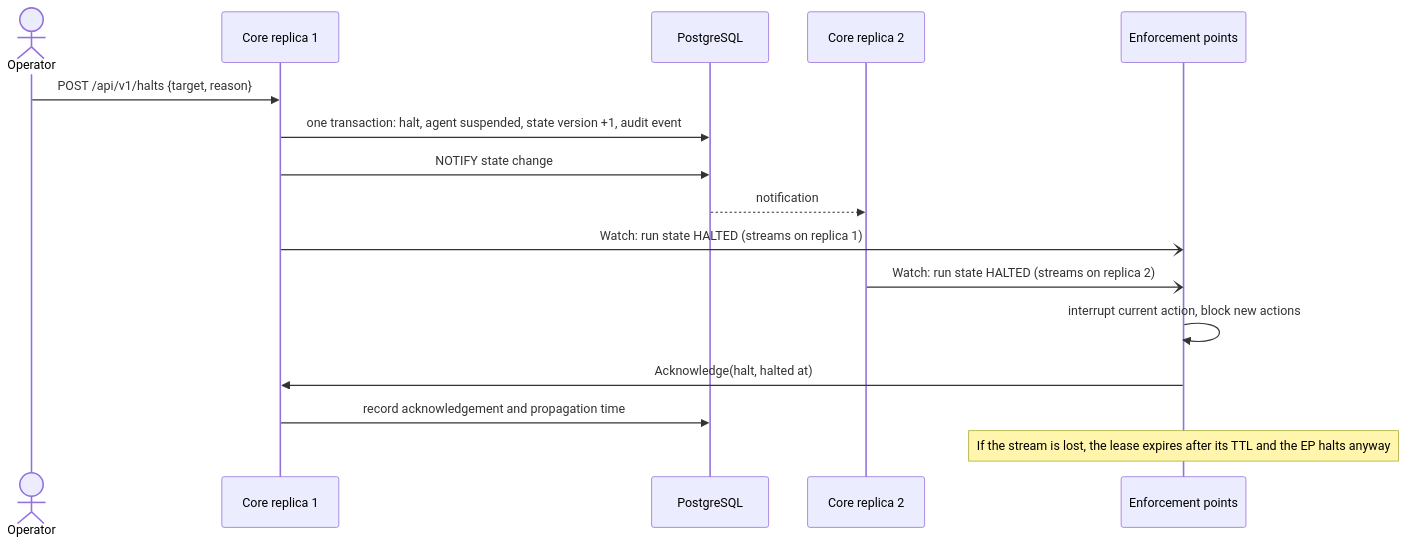
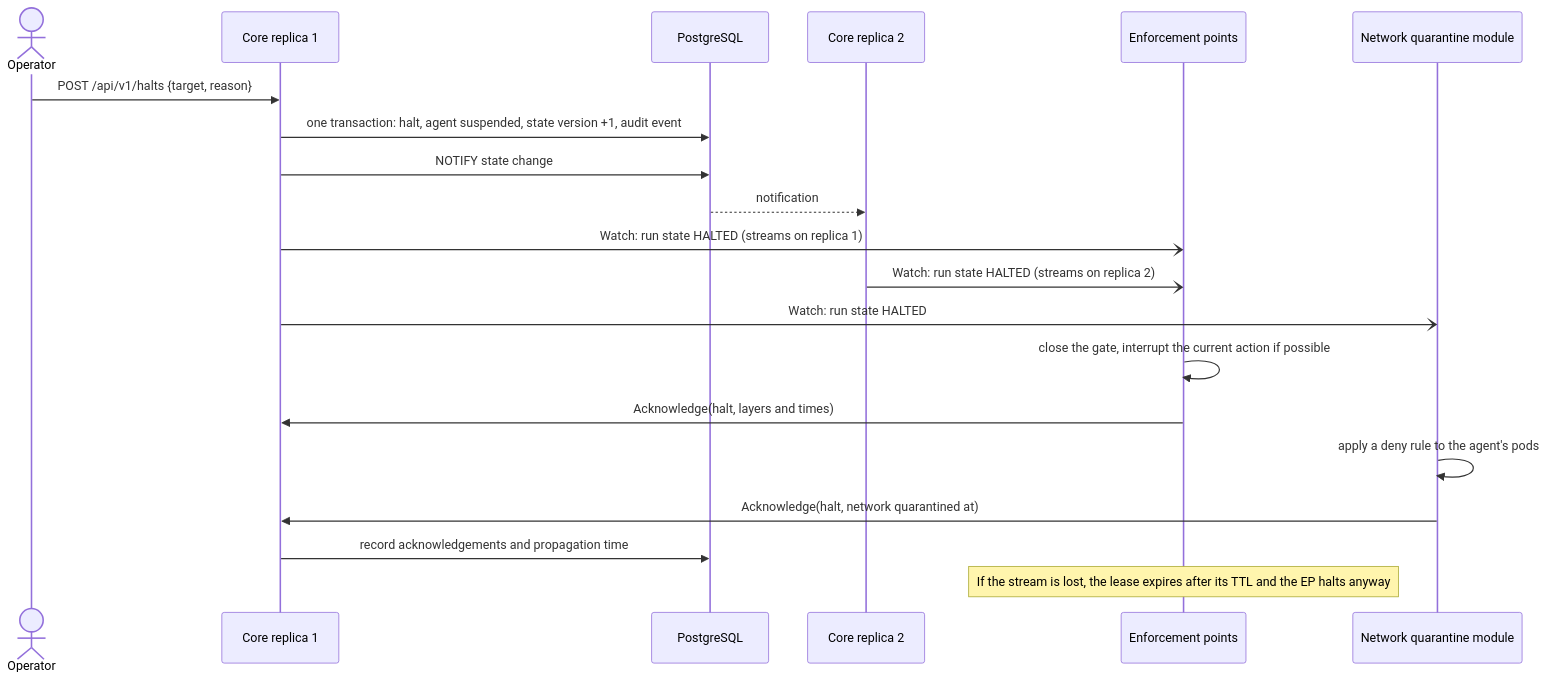
The fourth of 6 diagrams in docs/architecture/mvp-architecture.md (J466Y/WhiteTower), drawn with Mermaid before and after one commit. The commit also changed other lines of this file and 35 other files, not shown here.

````diff
--- a/docs/architecture/mvp-architecture.md
+++ b/docs/architecture/mvp-architecture.md
@@ -223,18 +229,22 @@
 ```mermaid
 sequenceDiagram
     actor O as Operator
     participant C1 as Core replica 1
     participant DB as PostgreSQL
     participant C2 as Core replica 2
     participant EP as Enforcement points
+    participant QM as Network quarantine module
     O->>C1: POST /api/v1/halts {target, reason}
     C1->>DB: one transaction: halt, agent suspended, state version +1, audit event
     C1->>DB: NOTIFY state change
     DB-->>C2: notification
     C1-)EP: Watch: run state HALTED (streams on replica 1)
     C2-)EP: Watch: run state HALTED (streams on replica 2)
-    EP->>EP: interrupt current action, block new actions
-    EP->>C1: Acknowledge(halt, halted at)
-    C1->>DB: record acknowledgement and propagation time
+    C1-)QM: Watch: run state HALTED
+    EP->>EP: close the gate, interrupt the current action if possible
+    EP->>C1: Acknowledge(halt, layers and times)
+    QM->>QM: apply a deny rule to the agent's pods
+    QM->>C1: Acknowledge(halt, network quarantined at)
+    C1->>DB: record acknowledgements and propagation time
     Note over EP: If the stream is lost, the lease expires after its TTL and the EP halts anyway
 ```
````
